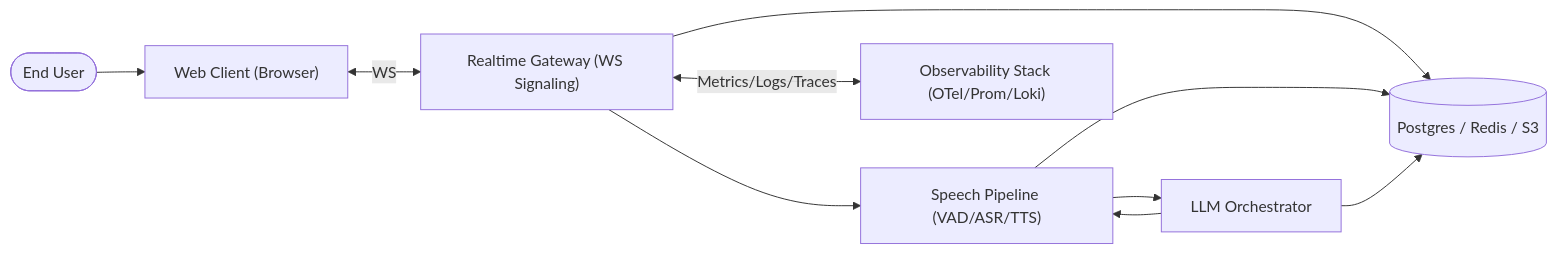
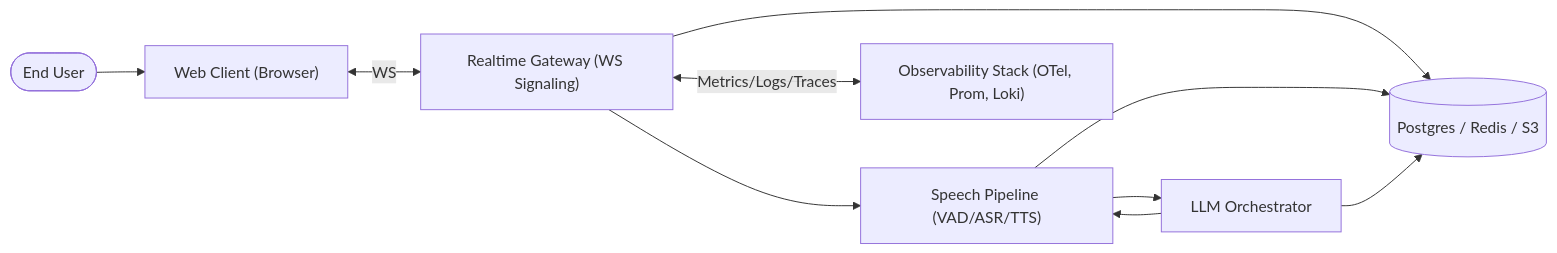
One commit to abezr/llvoice changed the first of 5 diagrams in docs/architecture.md. Above: the diagram before and after it, drawn with Mermaid. The commit also changed other lines of this file, not shown here.

Commit message:
Update architecture documentation to enhance clarity and consistency, including improved terminology and formatting in diagrams and specifications.

````diff
--- a/docs/architecture.md
+++ b/docs/architecture.md
@@ -14,20 +14,20 @@
 ```mermaid
 flowchart LR
   user([End User])
   browser["Web Client (Browser)"]
   gateway["Realtime Gateway (WS Signaling)"]
   speech["Speech Pipeline (VAD/ASR/TTS)"]
   llm["LLM Orchestrator"]
-  observ["Observability Stack (OTel/Prom/Loki)"]
+  observ["Observability Stack (OTel, Prom, Loki)"]
   data[("Postgres / Redis / S3")]
 
   user --> browser
   browser <-->|WS| gateway
   gateway --> speech
   speech --> llm
   llm --> speech
   gateway <-->|Metrics/Logs/Traces| observ
   gateway --> data
   speech --> data
   llm --> data
 ```
````
